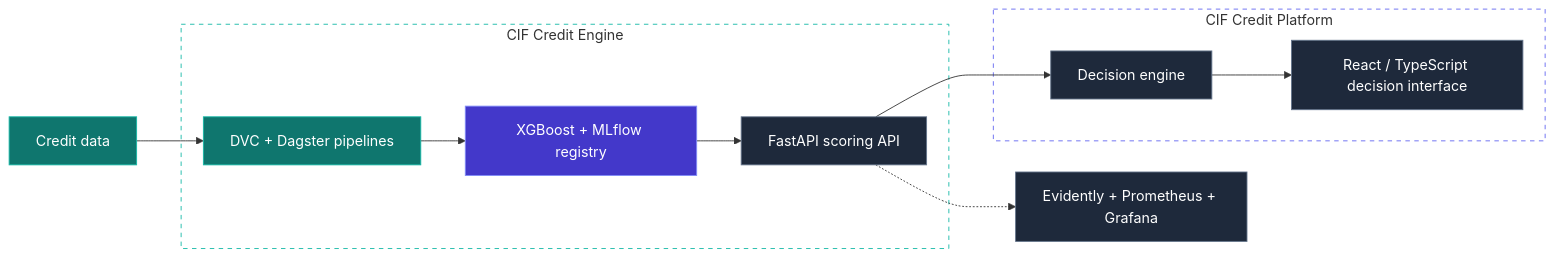
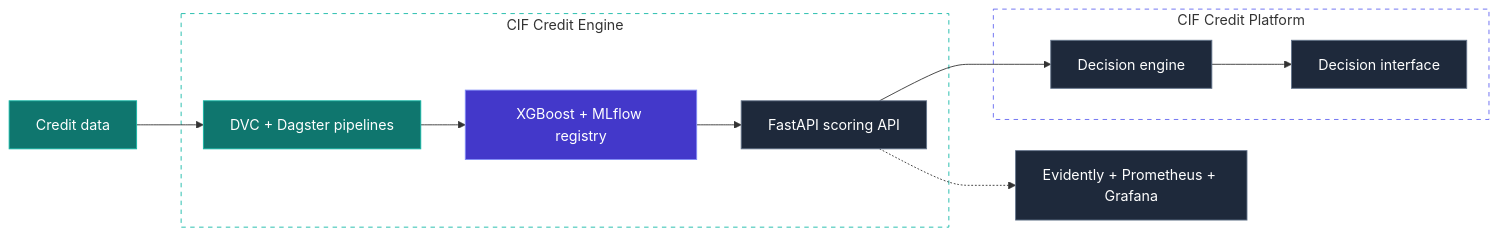
The diagram in README.md (Sow221/Sow221), drawn with Mermaid before and after one commit. The commit also changed other lines of this file, not shown here.

````diff
--- a/README.md
+++ b/README.md
@@ -148,40 +158,40 @@
 ```mermaid
 flowchart LR
 
     D[Credit data]
     P[DVC + Dagster pipelines]
     M[XGBoost + MLflow registry]
     A[FastAPI scoring API]
     E[Decision engine]
-    U[React / TypeScript decision interface]
+    U[Decision interface]
     O[Evidently + Prometheus + Grafana]
 
     D --> P
     P --> M
     M --> A
     A --> E
     E --> U
     A -.-> O
 
     subgraph ENGINE["CIF Credit Engine"]
         P
         M
         A
     end
 
     subgraph PLATFORM["CIF Credit Platform"]
         E
         U
     end
 
     classDef data fill:#0F766E,stroke:#14B8A6,color:#FFFFFF
     classDef ml fill:#4338CA,stroke:#818CF8,color:#FFFFFF
     classDef app fill:#1E293B,stroke:#64748B,color:#FFFFFF
 
     class D,P data
     class M ml
     class A,E,U,O app
 
     style ENGINE fill:transparent,stroke:#14B8A6,stroke-dasharray:5 5
     style PLATFORM fill:transparent,stroke:#6366F1,stroke-dasharray:5 5
 ```
````
